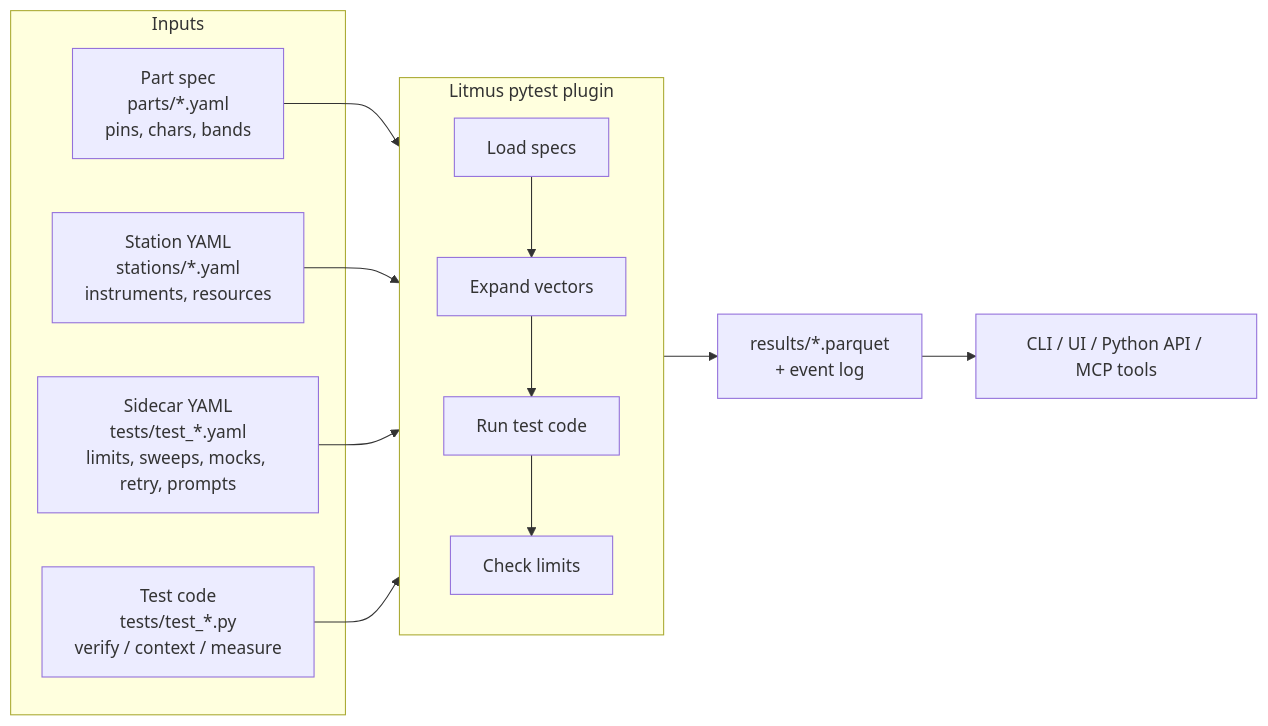
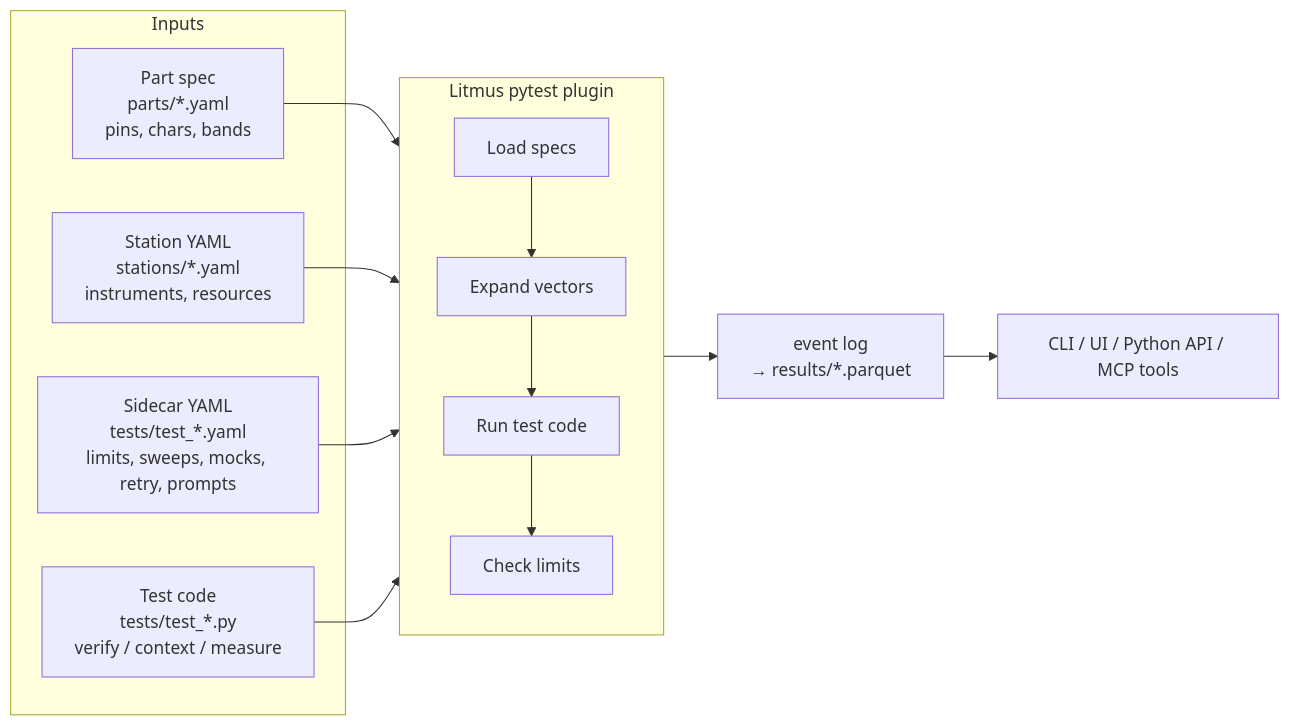
One commit to pragmatest-dev/testerkit changed the first of 9 diagrams in docs/concepts/overview/architecture.md. Above: the diagram before and after it, drawn with Mermaid. The commit also changed other lines of this file and 2 other files, not shown here.

First line of the commit message:
docs: corpus review Piece 3 (concepts: execution/step-manifest, overview/architecture)

````diff
--- a/docs/concepts/overview/architecture.md
+++ b/docs/concepts/overview/architecture.md
@@ -7,23 +7,23 @@
 ```mermaid
 flowchart LR
     subgraph Inputs
         P[Part spec<br/>parts/*.yaml<br/>pins, chars, bands]
         S[Station YAML<br/>stations/*.yaml<br/>instruments, resources]
         SC[Sidecar YAML<br/>tests/test_*.yaml<br/>limits, sweeps, mocks, retry, prompts]
         T[Test code<br/>tests/test_*.py<br/>verify / context / measure]
     end
 
     subgraph Plugin[Litmus pytest plugin]
         L[Load specs] --> EX[Expand vectors]
         EX --> RUN[Run test code]
         RUN --> CHK[Check limits]
     end
 
     P --> Plugin
     S --> Plugin
     SC --> Plugin
     T --> Plugin
 
-    Plugin --> O[results/*.parquet<br/>+ event log]
+    Plugin --> O[event log<br/>→ results/*.parquet]
     O --> A[CLI / UI / Python API / MCP tools]
 ```
````
